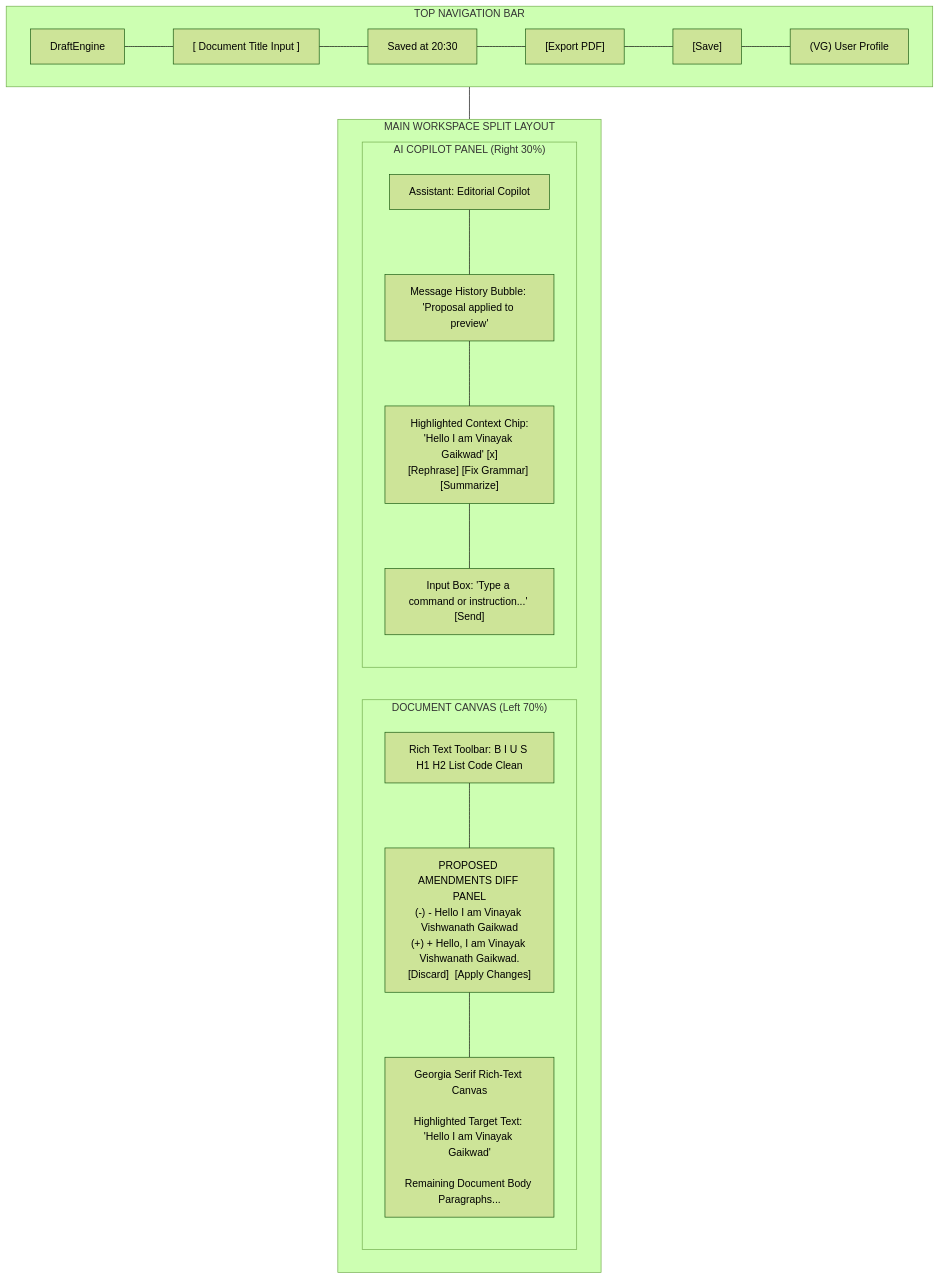
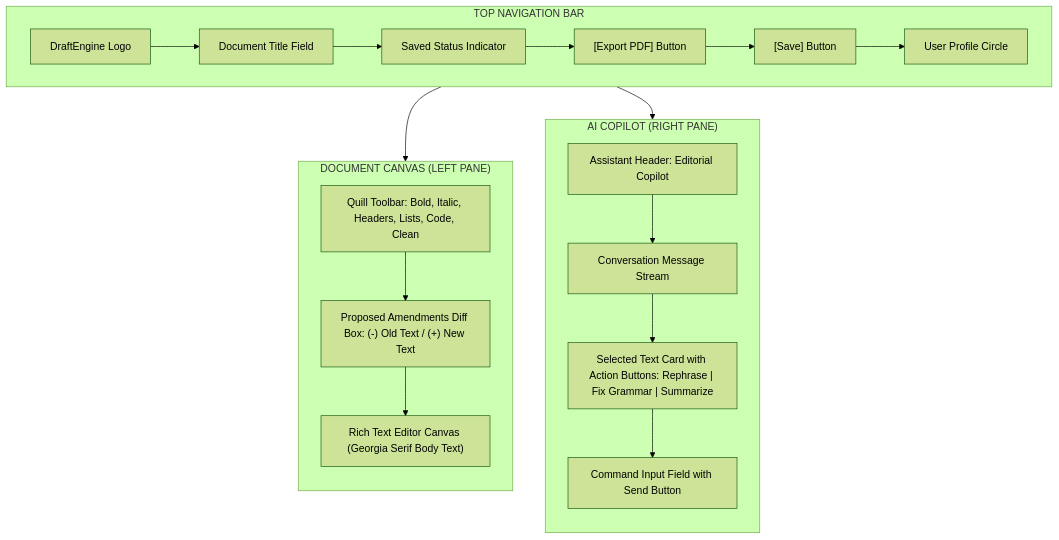
Before and after one commit to VinayakGaikwad101/project-practical: the diagram in diagrams/ui_wireframe_diagram.mmd, drawn with Mermaid (forest theme). The commit also changed 7 other files, not shown here.

Commit message:
docs: fix diagram arrows to eliminate blank-air pointing and align exact node targets

```diff
--- a/diagrams/ui_wireframe_diagram.mmd
+++ b/diagrams/ui_wireframe_diagram.mmd
@@ -1,25 +1,34 @@
 flowchart TD
     subgraph Navbar["TOP NAVIGATION BAR"]
         direction LR
-        Logo["DraftEngine"] --- TitleInput["[ Document Title Input ]"] --- Status["Saved at 20:30"] --- ExportBtn["[Export PDF]"] --- SaveBtn["[Save]"] --- Avatar["(VG) User Profile"]
+        Logo["DraftEngine Logo"]
+        DocTitle["Document Title Field"]
+        SaveStatus["Saved Status Indicator"]
+        ExportBtn["[Export PDF] Button"]
+        SaveBtn["[Save] Button"]
+        Profile["User Profile Circle"]
+
+        Logo --> DocTitle --> SaveStatus --> ExportBtn --> SaveBtn --> Profile
     end
 
-    subgraph Workspace["MAIN WORKSPACE SPLIT LAYOUT"]
-        direction LR
-        subgraph EditorArea["DOCUMENT CANVAS (Left 70%)"]
-            QuillBar["Rich Text Toolbar: B I U S H1 H2 List Code Clean"]
-            QuillCanvas["Georgia Serif Rich-Text Canvas\n\nHighlighted Target Text: 'Hello I am Vinayak Gaikwad'\n\nRemaining Document Body Paragraphs..."]
-            DiffBox["PROPOSED AMENDMENTS DIFF PANEL\n(-) - Hello I am Vinayak Vishwanath Gaikwad\n(+) + Hello, I am Vinayak Vishwanath Gaikwad.\n[Discard]  [Apply Changes]"]
-            QuillBar --- DiffBox --- QuillCanvas
-        end
+    subgraph CanvasSide["DOCUMENT CANVAS (LEFT PANE)"]
+        direction TB
+        QuillTools["Quill Toolbar: Bold, Italic, Headers, Lists, Code, Clean"]
+        DiffPanel["Proposed Amendments Diff Box: (-) Old Text / (+) New Text"]
+        QuillBody["Rich Text Editor Canvas (Georgia Serif Body Text)"]
 
-        subgraph AssistantArea["AI COPILOT PANEL (Right 30%)"]
-            Header["Assistant: Editorial Copilot"]
-            History["Message History Bubble: 'Proposal applied to preview'"]
-            FloatingTarget["Highlighted Context Chip:\n'Hello I am Vinayak Gaikwad' [x]\n[Rephrase] [Fix Grammar] [Summarize]"]
-            InputArea["Input Box: 'Type a command or instruction...' [Send]"]
-            Header --- History --- FloatingTarget --- InputArea
-        end
+        QuillTools --> DiffPanel --> QuillBody
     end
 
-    Navbar --- Workspace
+    subgraph CopilotSide["AI COPILOT (RIGHT PANE)"]
+        direction TB
+        CopilotHeader["Assistant Header: Editorial Copilot"]
+        MessageHistory["Conversation Message Stream"]
+        SelectedChip["Selected Text Card with Action Buttons: Rephrase | Fix Grammar | Summarize"]
+        PromptInput["Command Input Field with Send Button"]
+
+        CopilotHeader --> MessageHistory --> SelectedChip --> PromptInput
+    end
+
+    Navbar --> CanvasSide
+    Navbar --> CopilotSide
```
